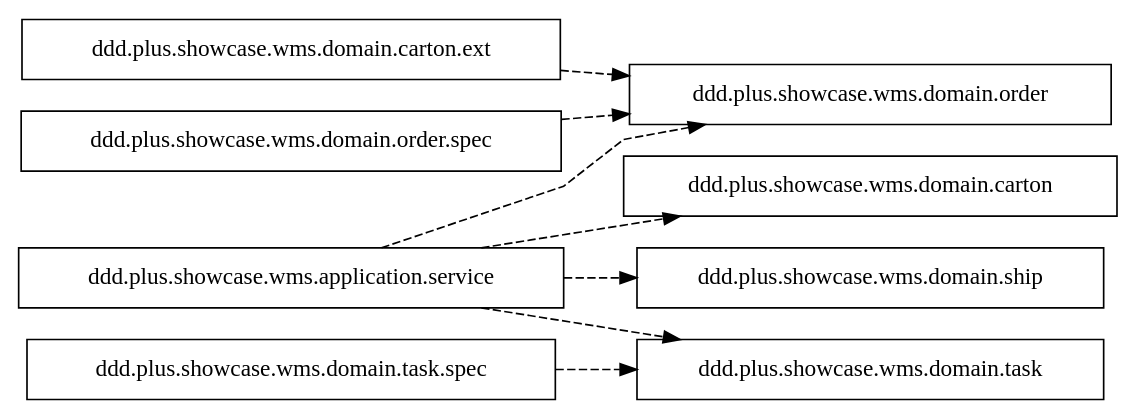
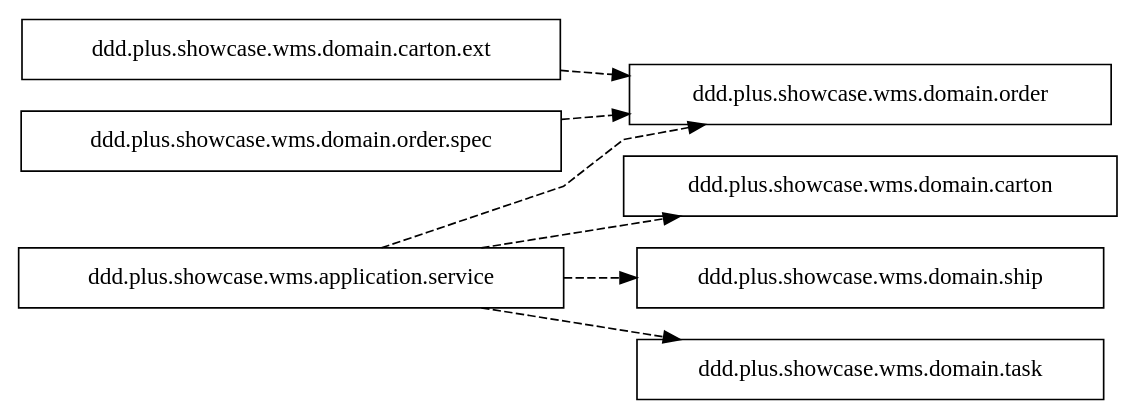
One commit to funkygao/cp-ddd-framework changed the diagram in doc/showcase/pkgref.dot. Above: the diagram before and after it, drawn with Graphviz. The commit also changed 7 other files, not shown here.

```diff
--- a/doc/showcase/pkgref.dot
+++ b/doc/showcase/pkgref.dot
@@ -1,15 +1,14 @@
 digraph G {
    labelloc = "t";
    rankdir=LR;
    splines = polyline;
    node [shape=record];
    edge [style = dashed, fontsize=10];
 
    "ddd.plus.showcase.wms.application.service" -> "ddd.plus.showcase.wms.domain.carton"
    "ddd.plus.showcase.wms.application.service" -> "ddd.plus.showcase.wms.domain.order"
    "ddd.plus.showcase.wms.application.service" -> "ddd.plus.showcase.wms.domain.ship"
    "ddd.plus.showcase.wms.application.service" -> "ddd.plus.showcase.wms.domain.task"
    "ddd.plus.showcase.wms.domain.carton.ext" -> "ddd.plus.showcase.wms.domain.order"
    "ddd.plus.showcase.wms.domain.order.spec" -> "ddd.plus.showcase.wms.domain.order"
-   "ddd.plus.showcase.wms.domain.task.spec" -> "ddd.plus.showcase.wms.domain.task"
 }
```
